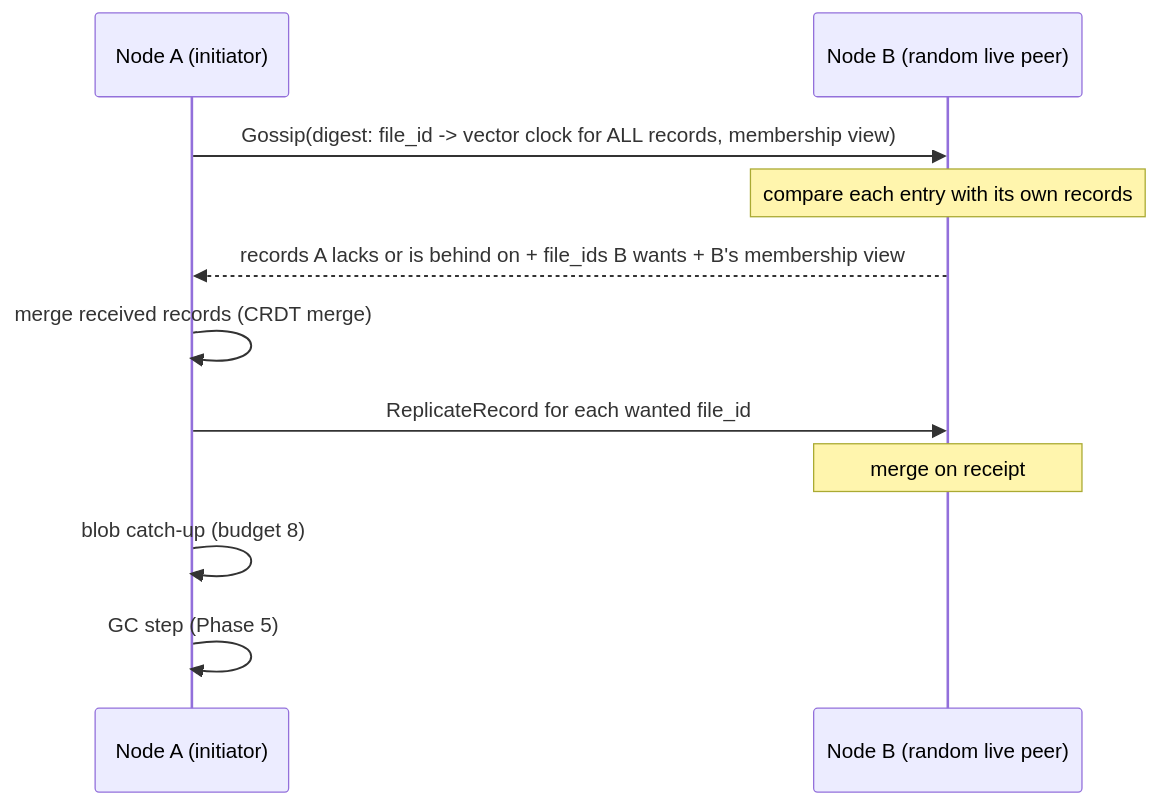
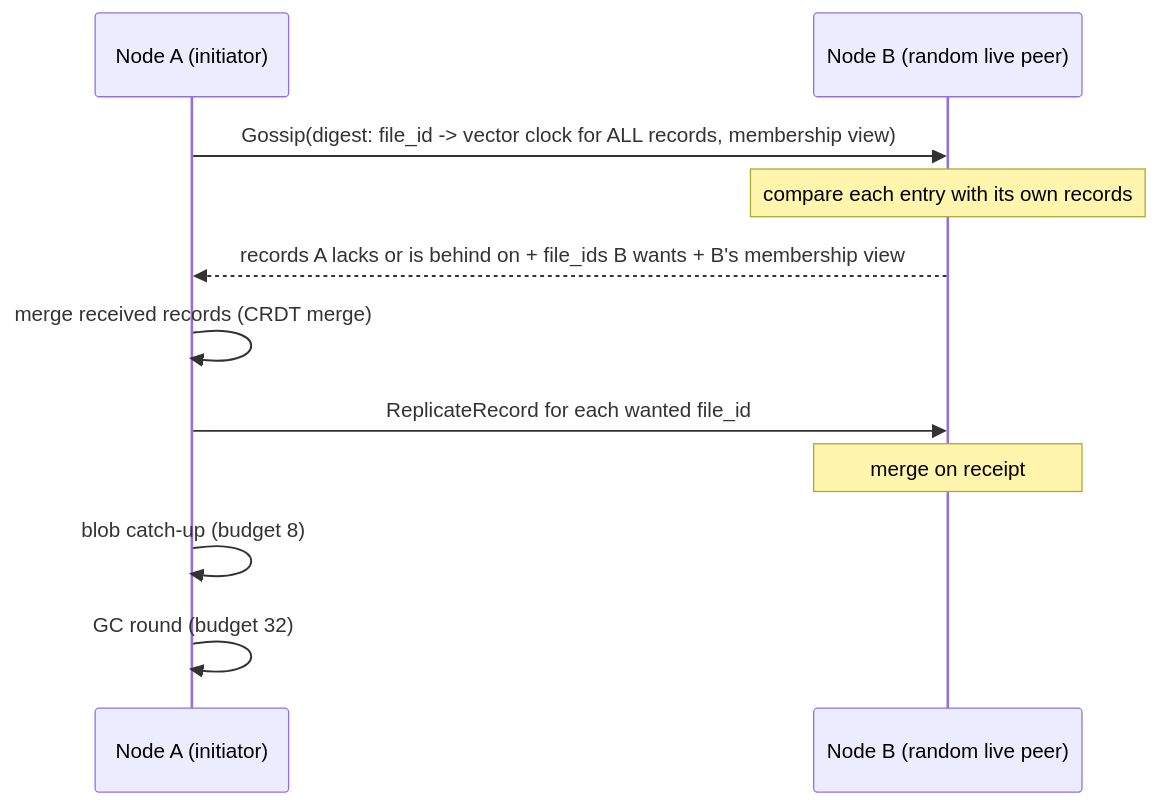
One commit to DayanCabrera2003/Almacen-Distribuido changed the third of 3 diagrams in docs/architecture.md. Above: the diagram before and after it, drawn with Mermaid. The commit also changed other lines of this file, not shown here.

First line of the commit message:
Bring the architecture document in line with the built system

````diff
--- a/docs/architecture.md
+++ b/docs/architecture.md
@@ -565,14 +644,14 @@
 ```mermaid
 sequenceDiagram
     participant A as Node A (initiator)
     participant B as Node B (random live peer)
 
     A->>B: Gossip(digest: file_id -> vector clock for ALL records, membership view)
     Note over B: compare each entry with its own records
     B-->>A: records A lacks or is behind on + file_ids B wants + B's membership view
     A->>A: merge received records (CRDT merge)
     A->>B: ReplicateRecord for each wanted file_id
     Note over B: merge on receipt
     A->>A: blob catch-up (budget 8)
-    A->>A: GC step (Phase 5)
+    A->>A: GC round (budget 32)
 ```
````
